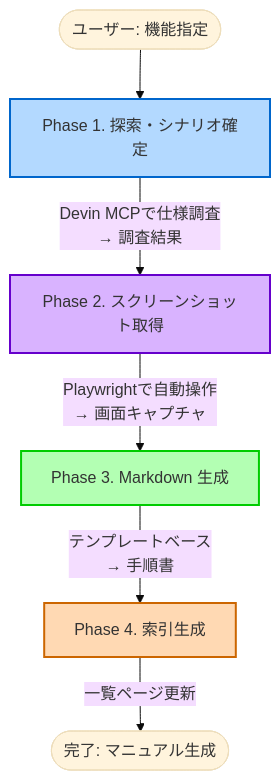
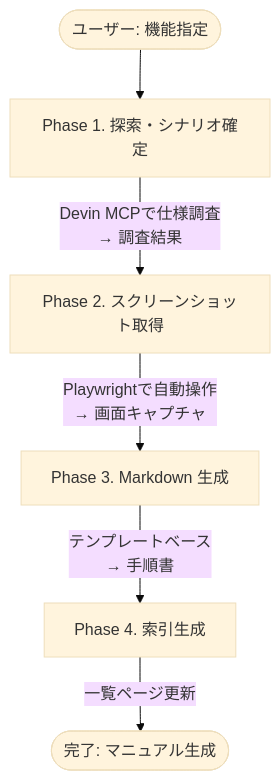
One commit to jkkitakita/zenn changed the diagram in articles/b16d59a31138e2.md. Above: the diagram before and after it, drawn with Mermaid (base theme).

Commit message:
fix: style at b16d59a31138e2

````diff
--- a/articles/b16d59a31138e2.md
+++ b/articles/b16d59a31138e2.md
@@ -69,13 +69,8 @@
 ```mermaid
 flowchart TB
     Start([ユーザー: 機能指定]) --> Phase1[Phase 1. 探索・シナリオ確定]
     Phase1 -->|Devin MCPで仕様調査<br/>→ 調査結果| Phase2[Phase 2. スクリーンショット取得]
     Phase2 -->|Playwrightで自動操作<br/>→ 画面キャプチャ| Phase3[Phase 3. Markdown 生成]
     Phase3 -->|テンプレートベース<br/>→ 手順書| Phase4[Phase 4. 索引生成]
     Phase4 -->|一覧ページ更新| End([完了: マニュアル生成])
-
-    style Phase1 fill:#b3d9ff,stroke:#0066cc,stroke-width:2px
-    style Phase2 fill:#d9b3ff,stroke:#6600cc,stroke-width:2px
-    style Phase3 fill:#b3ffb3,stroke:#00cc00,stroke-width:2px
-    style Phase4 fill:#ffd9b3,stroke:#cc6600,stroke-width:2px
 ```
````
